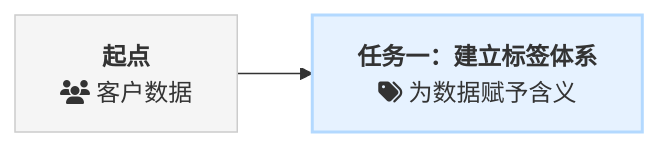
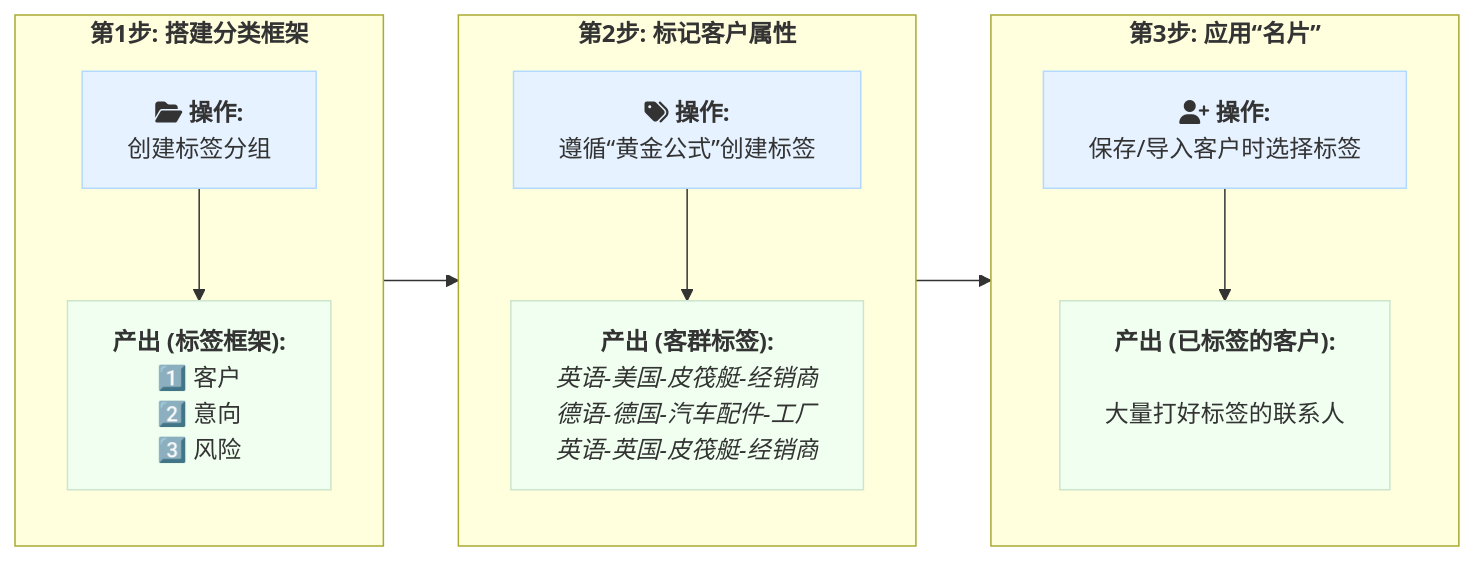
Before and after one commit to suxuemi/laifaxin: the fourth of 10 diagrams in docs/zhinan/customer-management-section.md, drawn with Mermaid. The commit also changed other lines of this file, not shown here.

Commit message:
docs(zhinan): 更新客户管理文档中的标签体系说明
重构任务一的说明结构，使用更清晰的子流程图展示三个核心步骤
添加具体操作分解和黄金公式示例，增强文档可操作性

````diff
--- a/docs/zhinan/customer-management-section.md
+++ b/docs/zhinan/customer-management-section.md
@@ -190,6 +192,27 @@
 ```mermaid
 graph LR
-    A["<b>起点</b><br>fa:fa-users 客户数据"] --> B["<b>任务一：建立标签体系</b><br>fa:fa-tags 为数据赋予含义"];
-    style A fill:#f5f5f5,stroke:#ccc
-    style B fill:#e6f2ff,stroke:#b3d9ff,stroke-width:2px
+    subgraph sg1 [<b>第1步: 搭建分类框架</b>]
+        direction TB
+        A["fa:fa-folder-open <b>操作:</b><br>创建标签分组"] --> B["<b>产出 (标签框架):</b><br>1️⃣ 客户<br>2️⃣ 意向<br>3️⃣ 风险"];
+    end
+
+    subgraph sg2 [<b>第2步: 标记客户属性</b>]
+        direction TB
+        C["fa:fa-tags <b>操作:</b><br>遵循“黄金公式”创建标签"] --> D["<b>产出 (客群标签):</b><br><i>英语-美国-皮筏艇-经销商</i><br><i>德语-德国-汽车配件-工厂</i><br><i>英语-英国-皮筏艇-经销商</i>"];
+    end
+
+    subgraph sg3 [<b>第3步: 应用“名片”</b>]
+        direction TB
+        E["fa:fa-user-plus <b>操作:</b><br>保存/导入客户时选择标签"] --> F["<b>产出 (已标签的客户):</b><br><br>大量打好标签的联系人<br><br>"];
+    end
+
+    sg1 --> sg2 --> sg3;
+
+    %% Styling
+    style A fill:#e6f2ff,stroke:#b3d9ff
+    style B fill:#f0fff0,stroke:#cce5cc
+    style C fill:#e6f2ff,stroke:#b3d9ff
+    style D fill:#f0fff0,stroke:#cce5cc
+    style E fill:#e6f2ff,stroke:#b3d9ff
+    style F fill:#f0fff0,stroke:#cce5cc
 ```
````
